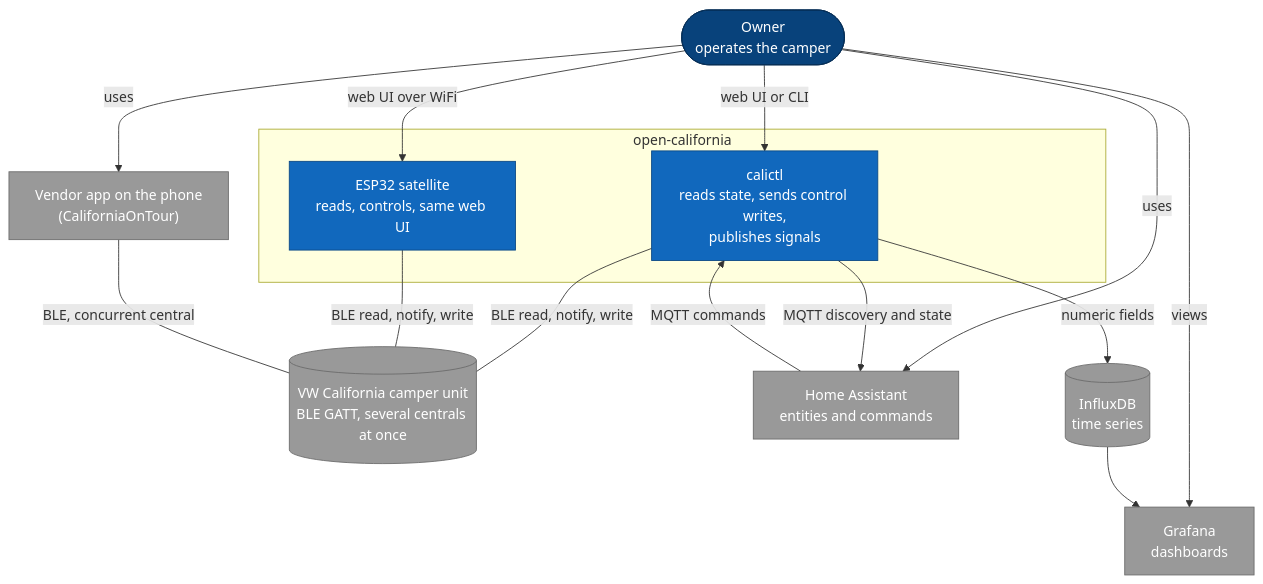
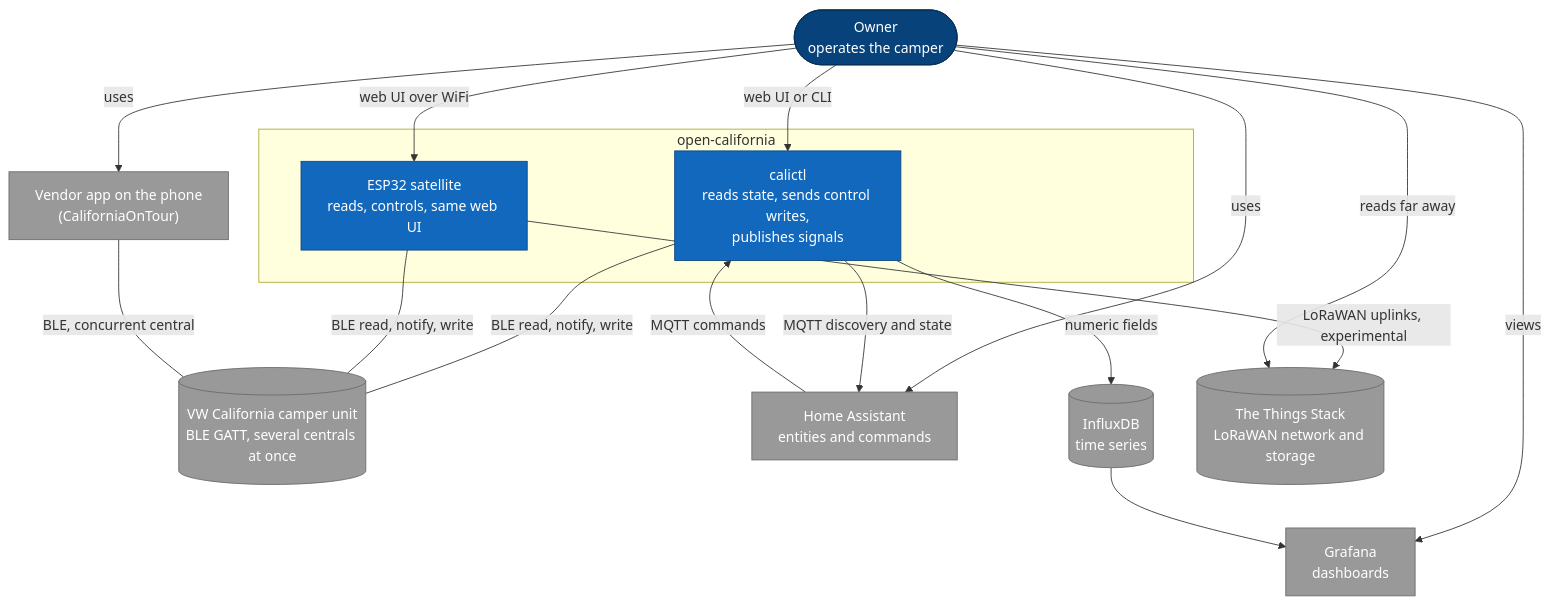
One commit to ckeller42/open-california changed the first of 7 diagrams in docs/architecture.md. Above: the diagram before and after it, drawn with Mermaid. The commit also changed other lines of this file and 39 other files, not shown here.

First line of the commit message:
firmware: LoRaWAN telemetry (experimental) and energy counters (#492)

````diff
--- a/docs/architecture.md
+++ b/docs/architecture.md
@@ -45,31 +45,34 @@
 ```mermaid
 flowchart TB
   owner(["Owner<br/>operates the camper"])
   subgraph boundary["open-california"]
     sys["calictl<br/>reads state, sends control writes,<br/>publishes signals"]
     esp["ESP32 satellite<br/>reads, controls, same web UI"]
   end
   unit[("VW California camper unit<br/>BLE GATT, several centrals at once")]
   app["Vendor app on the phone<br/>(CaliforniaOnTour)"]
   ha["Home Assistant<br/>entities and commands"]
   graf["Grafana<br/>dashboards"]
   idb[("InfluxDB<br/>time series")]
+  tts[("The Things Stack<br/>LoRaWAN network and storage")]
   owner -->|web UI or CLI| sys
   owner -->|web UI over WiFi| esp
   owner -->|uses| app
   owner -->|uses| ha
   owner -->|views| graf
   sys ---|BLE read, notify, write| unit
   esp ---|BLE read, notify, write| unit
   app ---|BLE, concurrent central| unit
   sys -->|MQTT discovery and state| ha
   ha -->|MQTT commands| sys
   sys -->|numeric fields| idb
   idb --> graf
+  esp -->|LoRaWAN uplinks, experimental| tts
+  owner -->|reads far away| tts
   classDef person fill:#08427b,color:#fff,stroke:#052e56
   classDef system fill:#1168bd,color:#fff,stroke:#0b4884
   classDef ext fill:#999999,color:#fff,stroke:#6b6b6b
   class owner person
   class sys,esp system
-  class unit,app,ha,graf,idb ext
+  class unit,app,ha,graf,idb,tts ext
 ```
````
